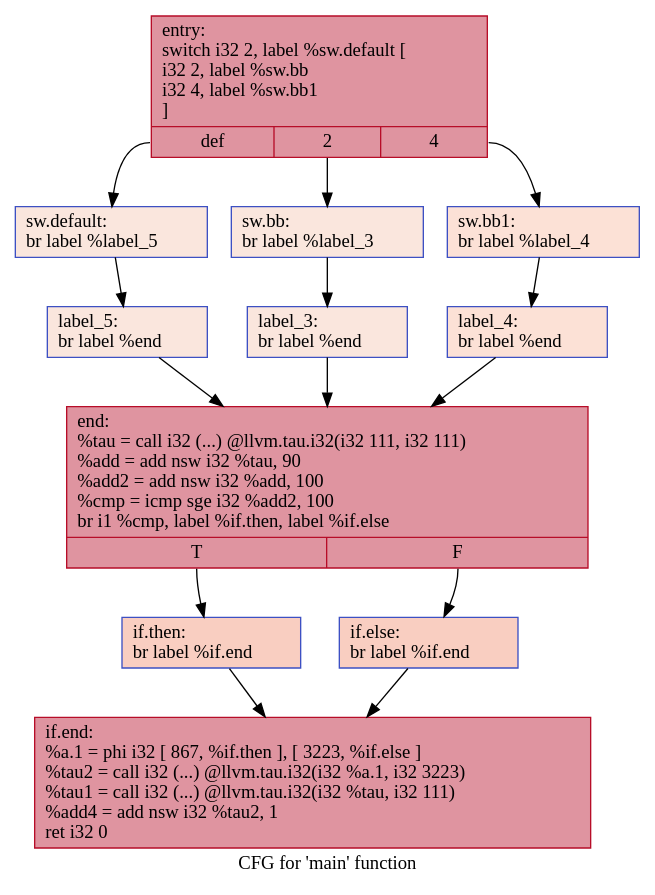
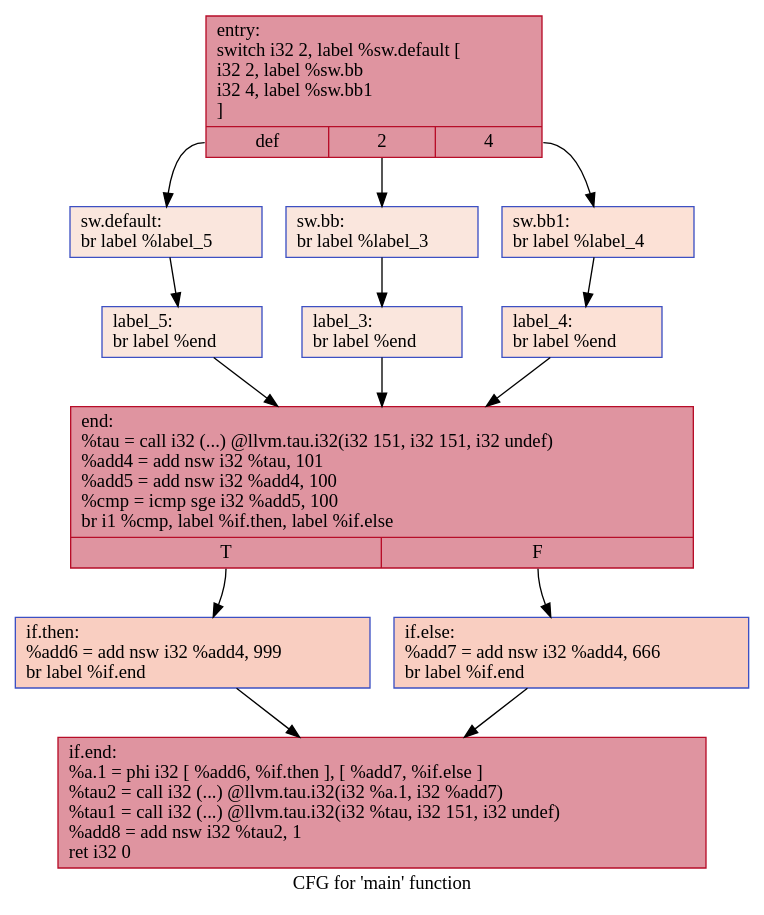
Before and after one commit to HPSSA-LLVM/HPSSA-LLVM: the diagram in IR/cfg/specSCCP_HPSSA.dot, drawn with Graphviz. The commit also changed 22 other files, not shown here.

```diff
--- a/IR/cfg/specSCCP_HPSSA.dot
+++ b/IR/cfg/specSCCP_HPSSA.dot
@@ -1,28 +1,28 @@
 digraph "CFG for 'main' function" {
 	label="CFG for 'main' function";
 
-	Node0x555daa4868a0 [shape=record,color="#b70d28ff", style=filled, fillcolor="#b70d2870",label="{entry:\l  switch i32 2, label %sw.default [\l    i32 2, label %sw.bb\l    i32 4, label %sw.bb1\l  ]\l|{<s0>def|<s1>2|<s2>4}}"];
-	Node0x555daa4868a0:s0 -> Node0x555daa4869d0;
-	Node0x555daa4868a0:s1 -> Node0x555daa486a50;
-	Node0x555daa4868a0:s2 -> Node0x555daa486af0;
-	Node0x555daa486a50 [shape=record,color="#3d50c3ff", style=filled, fillcolor="#f3c7b170",label="{sw.bb:                                            \l  br label %label_3\l}"];
-	Node0x555daa486a50 -> Node0x555daa486c80;
-	Node0x555daa486af0 [shape=record,color="#3d50c3ff", style=filled, fillcolor="#f7bca170",label="{sw.bb1:                                           \l  br label %label_4\l}"];
-	Node0x555daa486af0 -> Node0x555daa486d60;
-	Node0x555daa4869d0 [shape=record,color="#3d50c3ff", style=filled, fillcolor="#f3c7b170",label="{sw.default:                                       \l  br label %label_5\l}"];
-	Node0x555daa4869d0 -> Node0x555daa486e40;
-	Node0x555daa486c80 [shape=record,color="#3d50c3ff", style=filled, fillcolor="#f3c7b170",label="{label_3:                                          \l  br label %end\l}"];
-	Node0x555daa486c80 -> Node0x555daa486f20;
-	Node0x555daa486d60 [shape=record,color="#3d50c3ff", style=filled, fillcolor="#f7bca170",label="{label_4:                                          \l  br label %end\l}"];
-	Node0x555daa486d60 -> Node0x555daa486f20;
-	Node0x555daa486e40 [shape=record,color="#3d50c3ff", style=filled, fillcolor="#f3c7b170",label="{label_5:                                          \l  br label %end\l}"];
-	Node0x555daa486e40 -> Node0x555daa486f20;
-	Node0x555daa486f20 [shape=record,color="#b70d28ff", style=filled, fillcolor="#b70d2870",label="{end:                                              \l  %tau = call i32 (...) @llvm.tau.i32(i32 111, i32 111)\l  %add = add nsw i32 %tau, 90\l  %add2 = add nsw i32 %add, 100\l  %cmp = icmp sge i32 %add2, 100\l  br i1 %cmp, label %if.then, label %if.else\l|{<s0>T|<s1>F}}"];
-	Node0x555daa486f20:s0 -> Node0x555daa487570;
-	Node0x555daa486f20:s1 -> Node0x555daa487780;
-	Node0x555daa487570 [shape=record,color="#3d50c3ff", style=filled, fillcolor="#f2907270",label="{if.then:                                          \l  br label %if.end\l}"];
-	Node0x555daa487570 -> Node0x555daa4878a0;
-	Node0x555daa487780 [shape=record,color="#3d50c3ff", style=filled, fillcolor="#f2907270",label="{if.else:                                          \l  br label %if.end\l}"];
-	Node0x555daa487780 -> Node0x555daa4878a0;
-	Node0x555daa4878a0 [shape=record,color="#b70d28ff", style=filled, fillcolor="#b70d2870",label="{if.end:                                           \l  %a.1 = phi i32 [ 867, %if.then ], [ 3223, %if.else ]\l  %tau2 = call i32 (...) @llvm.tau.i32(i32 %a.1, i32 3223)\l  %tau1 = call i32 (...) @llvm.tau.i32(i32 %tau, i32 111)\l  %add4 = add nsw i32 %tau2, 1\l  ret i32 0\l}"];
+	Node0x5556ec7e8900 [shape=record,color="#b70d28ff", style=filled, fillcolor="#b70d2870",label="{entry:\l  switch i32 2, label %sw.default [\l    i32 2, label %sw.bb\l    i32 4, label %sw.bb1\l  ]\l|{<s0>def|<s1>2|<s2>4}}"];
+	Node0x5556ec7e8900:s0 -> Node0x5556ec7e8a30;
+	Node0x5556ec7e8900:s1 -> Node0x5556ec7e8ab0;
+	Node0x5556ec7e8900:s2 -> Node0x5556ec7e8b50;
+	Node0x5556ec7e8ab0 [shape=record,color="#3d50c3ff", style=filled, fillcolor="#f3c7b170",label="{sw.bb:                                            \l  br label %label_3\l}"];
+	Node0x5556ec7e8ab0 -> Node0x5556ec7e8ce0;
+	Node0x5556ec7e8b50 [shape=record,color="#3d50c3ff", style=filled, fillcolor="#f7bca170",label="{sw.bb1:                                           \l  br label %label_4\l}"];
+	Node0x5556ec7e8b50 -> Node0x5556ec7e8dc0;
+	Node0x5556ec7e8a30 [shape=record,color="#3d50c3ff", style=filled, fillcolor="#f3c7b170",label="{sw.default:                                       \l  br label %label_5\l}"];
+	Node0x5556ec7e8a30 -> Node0x5556ec7e8ea0;
+	Node0x5556ec7e8ce0 [shape=record,color="#3d50c3ff", style=filled, fillcolor="#f3c7b170",label="{label_3:                                          \l  br label %end\l}"];
+	Node0x5556ec7e8ce0 -> Node0x5556ec7e8f80;
+	Node0x5556ec7e8dc0 [shape=record,color="#3d50c3ff", style=filled, fillcolor="#f7bca170",label="{label_4:                                          \l  br label %end\l}"];
+	Node0x5556ec7e8dc0 -> Node0x5556ec7e8f80;
+	Node0x5556ec7e8ea0 [shape=record,color="#3d50c3ff", style=filled, fillcolor="#f3c7b170",label="{label_5:                                          \l  br label %end\l}"];
+	Node0x5556ec7e8ea0 -> Node0x5556ec7e8f80;
+	Node0x5556ec7e8f80 [shape=record,color="#b70d28ff", style=filled, fillcolor="#b70d2870",label="{end:                                              \l  %tau = call i32 (...) @llvm.tau.i32(i32 151, i32 151, i32 undef)\l  %add4 = add nsw i32 %tau, 101\l  %add5 = add nsw i32 %add4, 100\l  %cmp = icmp sge i32 %add5, 100\l  br i1 %cmp, label %if.then, label %if.else\l|{<s0>T|<s1>F}}"];
+	Node0x5556ec7e8f80:s0 -> Node0x5556ec7e9940;
+	Node0x5556ec7e8f80:s1 -> Node0x5556ec7e9b50;
+	Node0x5556ec7e9940 [shape=record,color="#3d50c3ff", style=filled, fillcolor="#f2907270",label="{if.then:                                          \l  %add6 = add nsw i32 %add4, 999\l  br label %if.end\l}"];
+	Node0x5556ec7e9940 -> Node0x5556ec7e9d50;
+	Node0x5556ec7e9b50 [shape=record,color="#3d50c3ff", style=filled, fillcolor="#f2907270",label="{if.else:                                          \l  %add7 = add nsw i32 %add4, 666\l  br label %if.end\l}"];
+	Node0x5556ec7e9b50 -> Node0x5556ec7e9d50;
+	Node0x5556ec7e9d50 [shape=record,color="#b70d28ff", style=filled, fillcolor="#b70d2870",label="{if.end:                                           \l  %a.1 = phi i32 [ %add6, %if.then ], [ %add7, %if.else ]\l  %tau2 = call i32 (...) @llvm.tau.i32(i32 %a.1, i32 %add7)\l  %tau1 = call i32 (...) @llvm.tau.i32(i32 %tau, i32 151, i32 undef)\l  %add8 = add nsw i32 %tau2, 1\l  ret i32 0\l}"];
 }
```
